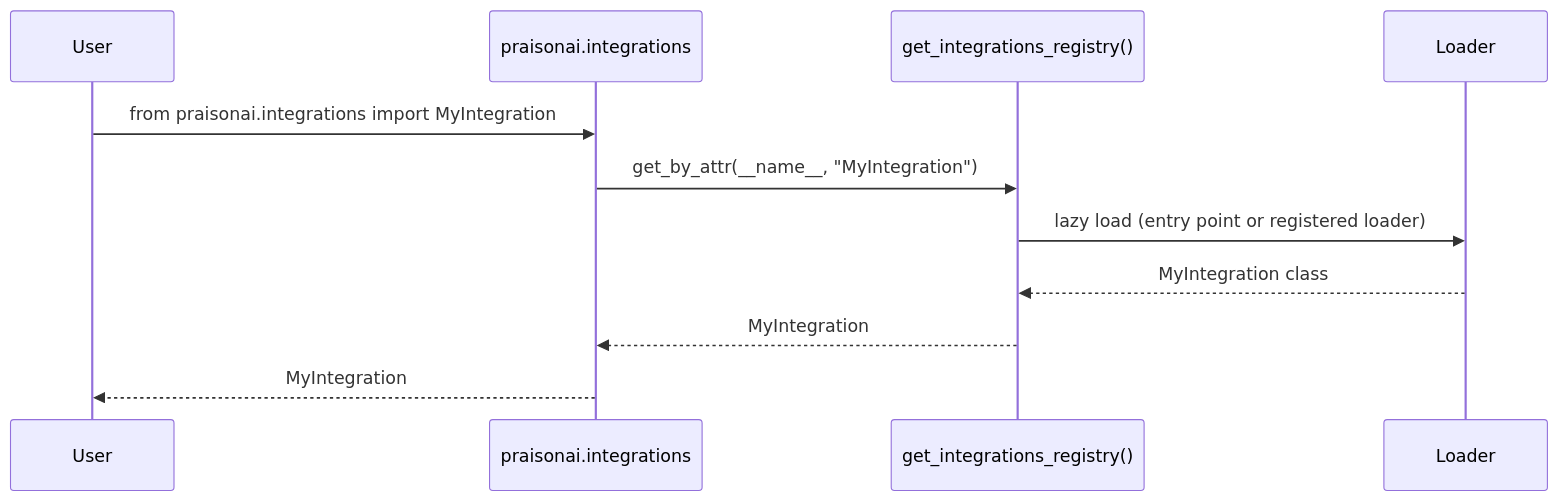
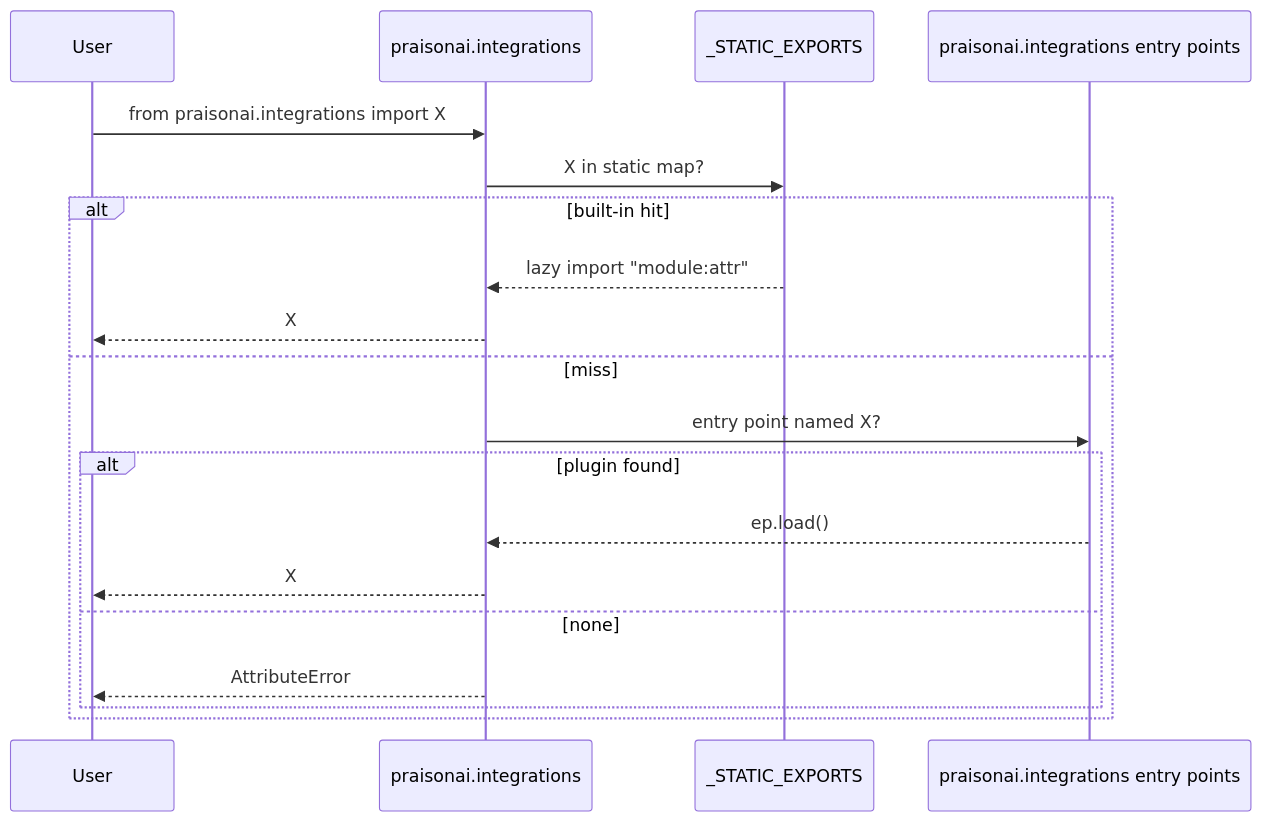
Before and after one commit to MervinPraison/PraisonAIDocs: the third of 3 diagrams in docs/features/integration-registry.mdx, drawn with Mermaid. The commit also changed other lines of this file and 6 other files, not shown here.

First line of the commit message:
docs: document PraisonAI PR #4651 — schema-driven YAML validator, data-driven provider inference, integration registry cleanup (fixes #3647)

````diff
--- a/docs/features/integration-registry.mdx
+++ b/docs/features/integration-registry.mdx
@@ -126,14 +98,22 @@
 ```mermaid
 sequenceDiagram
     participant User
     participant Mod as praisonai.integrations
-    participant Reg as get_integrations_registry()
-    participant Loader
+    participant Map as _STATIC_EXPORTS
+    participant EP as praisonai.integrations entry points
 
-    User->>Mod: from praisonai.integrations import MyIntegration
-    Mod->>Reg: get_by_attr(__name__, "MyIntegration")
-    Reg->>Loader: lazy load (entry point or registered loader)
-    Loader-->>Reg: MyIntegration class
-    Reg-->>Mod: MyIntegration
-    Mod-->>User: MyIntegration
+    User->>Mod: from praisonai.integrations import X
+    Mod->>Map: X in static map?
+    alt built-in hit
+        Map-->>Mod: lazy import "module:attr"
+        Mod-->>User: X
+    else miss
+        Mod->>EP: entry point named X?
+        alt plugin found
+            EP-->>Mod: ep.load()
+            Mod-->>User: X
+        else none
+            Mod-->>User: AttributeError
+        end
+    end
 ```
````
